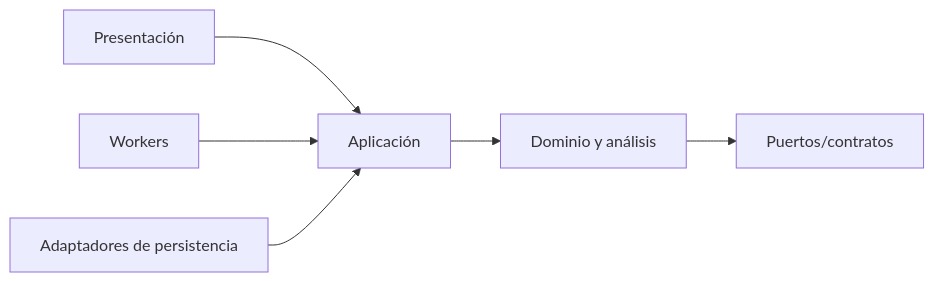
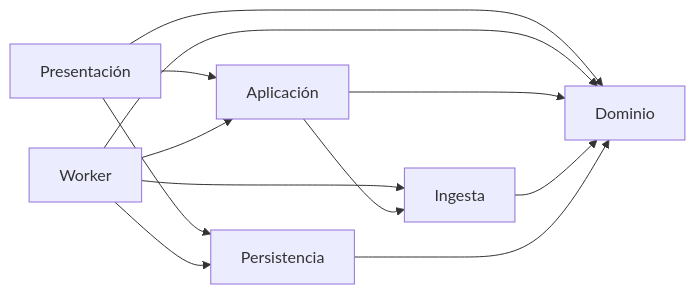
One commit to RBeno/tag-trace changed the second of 2 diagrams in docs/ARCHITECTURE.md. Above: the diagram before and after it, drawn with Mermaid. The commit also changed other lines of this file and 63 other files, not shown here.

````diff
--- a/docs/ARCHITECTURE.md
+++ b/docs/ARCHITECTURE.md
@@ -42,8 +42,14 @@
 ```mermaid
 flowchart LR
   UI[Presentación] --> APP[Aplicación]
-  WORKER[Workers] --> APP
-  APP --> CORE[Dominio y análisis]
-  PERSIST[Adaptadores de persistencia] --> APP
-  CORE --> PORTS[Puertos/contratos]
+  UI --> CORE[Dominio]
+  UI --> PERSIST[Persistencia]
+  WORKER[Worker] --> APP
+  WORKER --> CORE
+  WORKER --> ING[Ingesta]
+  WORKER --> PERSIST
+  APP --> CORE
+  APP --> ING
+  ING --> CORE
+  PERSIST --> CORE
 ```
````
